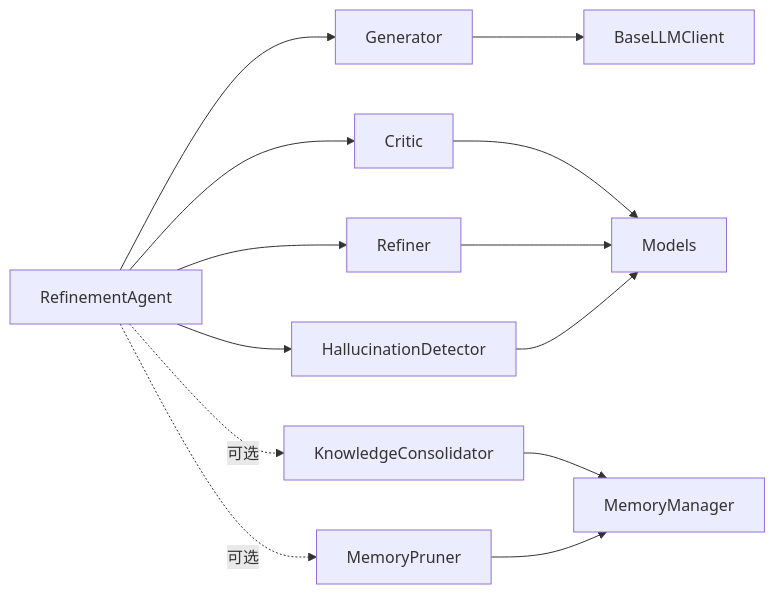
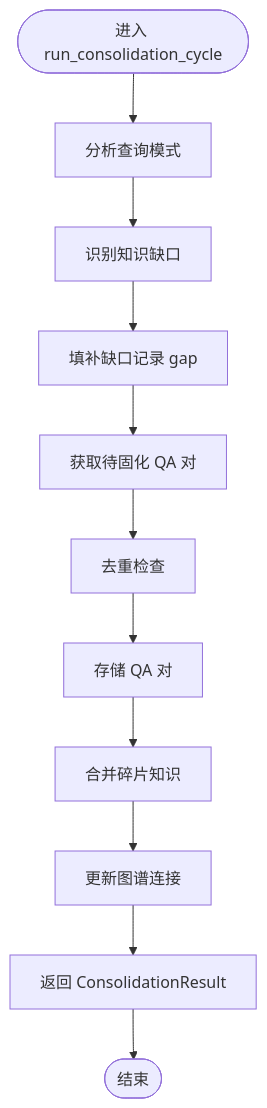
The eighth of 10 diagrams in .qoder/repowiki/zh/content/巩固层模块/精炼代理核心.md (JieGaoPrinceton/NecoRAG), drawn with Mermaid before and after one commit. The commit also changed other lines of this file and 181 other files, not shown here.

````diff
--- a/.qoder/repowiki/zh/content/巩固层模块/精炼代理核心.md
+++ b/.qoder/repowiki/zh/content/巩固层模块/精炼代理核心.md
@@ -325,15 +357,13 @@
 ```mermaid
-graph LR
-RA["RefinementAgent"] --> G["Generator"]
-RA --> C["Critic"]
-RA --> Rf["Refiner"]
-RA --> HD["HallucinationDetector"]
-RA -.可选.-> KC["KnowledgeConsolidator"]
-RA -.可选.-> MP["MemoryPruner"]
-G --> LLM["BaseLLMClient"]
-C --> MR["Models"]
-Rf --> MR
-HD --> MR
-KC --> MM["MemoryManager"]
-MP --> MM
+flowchart TD
+Start(["进入 run_consolidation_cycle"]) --> AnalyzePatterns["分析查询模式"]
+AnalyzePatterns --> IdentifyGaps["识别知识缺口"]
+IdentifyGaps --> FillGaps["填补缺口记录 gap"]
+FillGaps --> PendingQAs["获取待固化 QA 对"]
+PendingQAs --> DedupCheck["去重检查"]
+DedupCheck --> StoreQA["存储 QA 对"]
+StoreQA --> MergeFragments["合并碎片知识"]
+MergeFragments --> UpdateGraph["更新图谱连接"]
+UpdateGraph --> ReturnResult["返回 ConsolidationResult"]
+ReturnResult --> End(["结束"])
 ```
````
